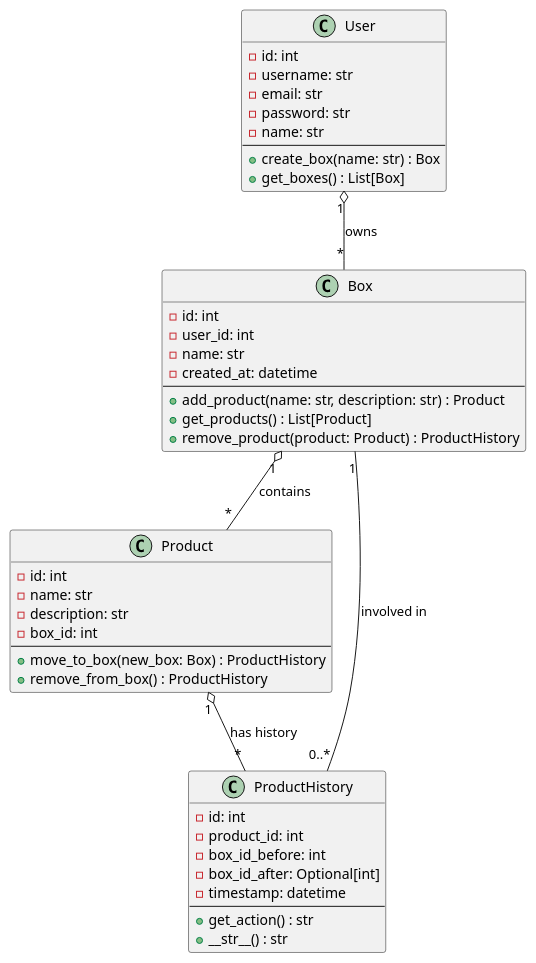
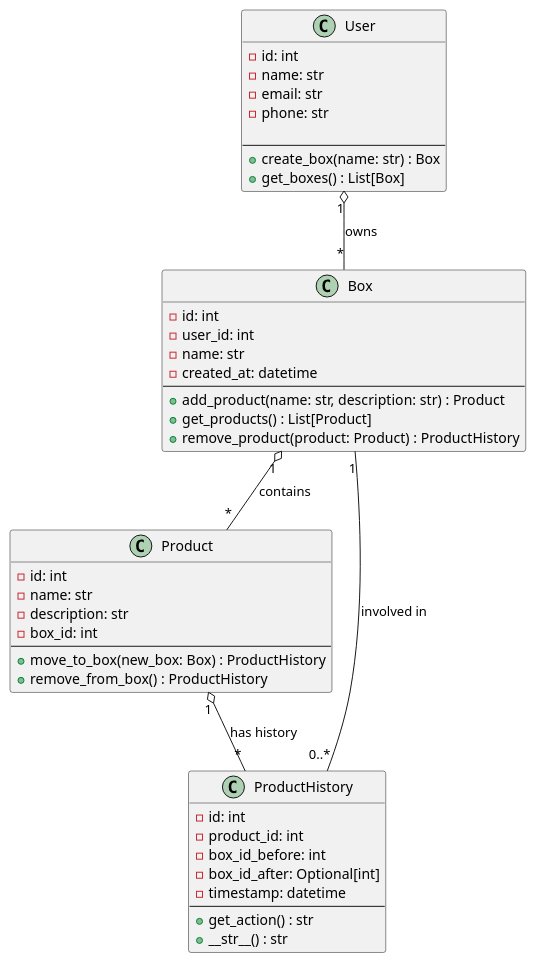
Before and after one commit to UTN-BDA/Grupo7: the diagram in docs/class_diagram.puml, drawn with PlantUML. The commit also changed 8 other files, not shown here.

```diff
--- a/docs/class_diagram.puml
+++ b/docs/class_diagram.puml
@@ -2,52 +2,52 @@
 @startuml ClassDiagram
 
 class User {
     - id: int
-    - username: str
+    - name: str
     - email: str
-    - password: str
-    - name: str
+    - phone: str
+
     --
     + create_box(name: str) : Box
     + get_boxes() : List[Box]
 }
 
 class Box {
     - id: int
     - user_id: int
     - name: str
     - created_at: datetime
     --
     + add_product(name: str, description: str) : Product
     + get_products() : List[Product]
     + remove_product(product: Product) : ProductHistory
 }
 
 class Product {
     - id: int
     - name: str
     - description: str
     - box_id: int
     --
     + move_to_box(new_box: Box) : ProductHistory
     + remove_from_box() : ProductHistory
 }
 
 class ProductHistory {
     - id: int
     - product_id: int
     - box_id_before: int
     - box_id_after: Optional[int] 
     - timestamp: datetime
     --
     + get_action() : str
     + __str__() : str
 }
 
 ' Relationships (English)
 User "1" o-- "*" Box : owns
 Box "1" o-- "*" Product : contains
 Product "1" o-- "*" ProductHistory : has history
 Box "1" -- "0..*" ProductHistory : involved in
 
 @enduml
```
